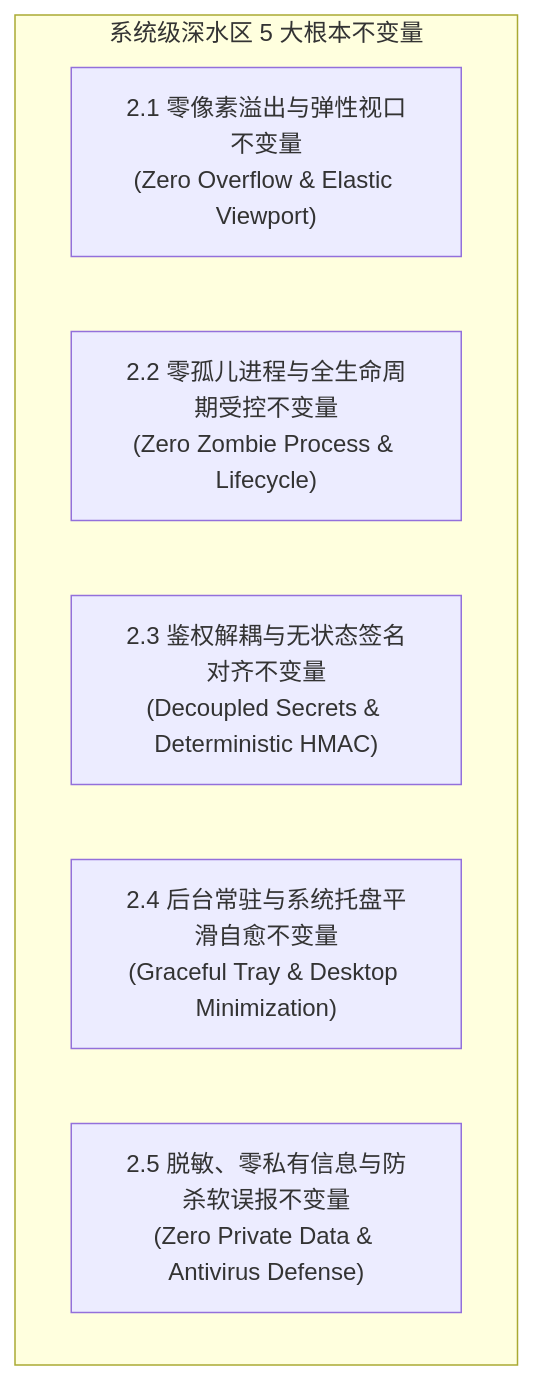
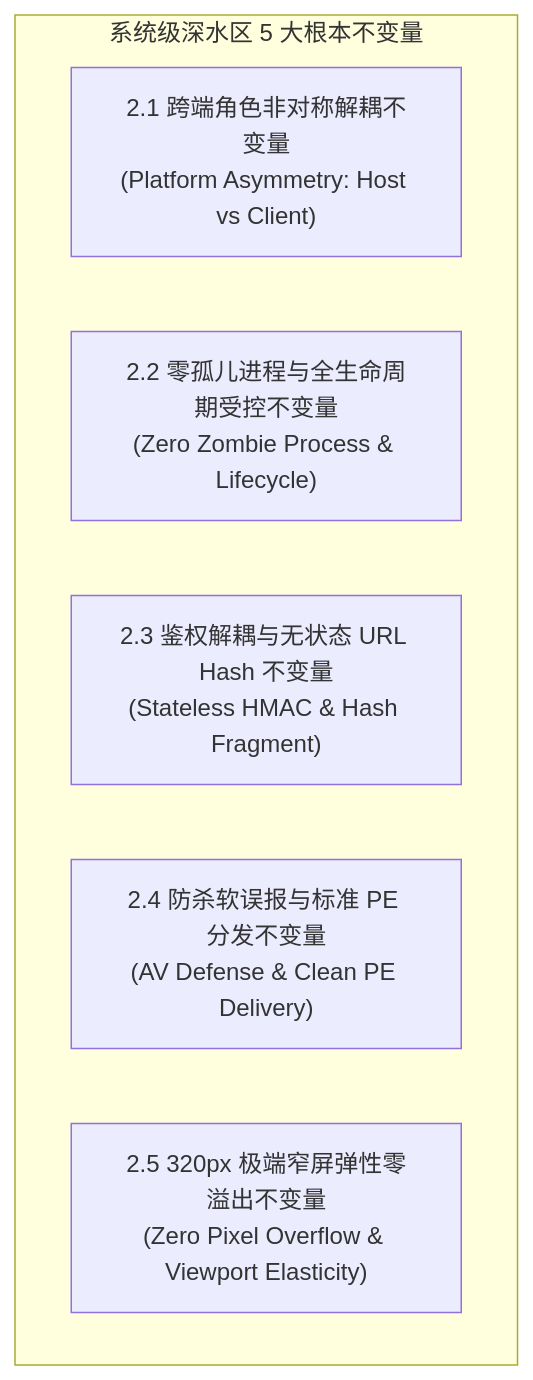
Before and after one commit to BeingNoAbility/WebRTC-Gateway-GUI: the fourth of 4 diagrams in docs/REVIEW_GUIDELINES.md, drawn with Mermaid. The commit also changed other lines of this file and 2 other files, not shown here.

````diff
--- a/docs/REVIEW_GUIDELINES.md
+++ b/docs/REVIEW_GUIDELINES.md
@@ -75,10 +75,10 @@
 ```mermaid
 flowchart TD
     subgraph Invariant_Matrix["系统级深水区 5 大根本不变量"]
-        I1["2.1 零像素溢出与弹性视口不变量<br/>(Zero Overflow & Elastic Viewport)"]
+        I1["2.1 跨端角色非对称解耦不变量<br/>(Platform Asymmetry: Host vs Client)"]
         I2["2.2 零孤儿进程与全生命周期受控不变量<br/>(Zero Zombie Process & Lifecycle)"]
-        I3["2.3 鉴权解耦与无状态签名对齐不变量<br/>(Decoupled Secrets & Deterministic HMAC)"]
-        I4["2.4 后台常驻与系统托盘平滑自愈不变量<br/>(Graceful Tray & Desktop Minimization)"]
-        I5["2.5 脱敏、零私有信息与防杀软误报不变量<br/>(Zero Private Data & Antivirus Defense)"]
+        I3["2.3 鉴权解耦与无状态 URL Hash 不变量<br/>(Stateless HMAC & Hash Fragment)"]
+        I4["2.4 防杀软误报与标准 PE 分发不变量<br/>(AV Defense & Clean PE Delivery)"]
+        I5["2.5 320px 极端窄屏弹性零溢出不变量<br/>(Zero Pixel Overflow & Viewport Elasticity)"]
     end
 ```
````
